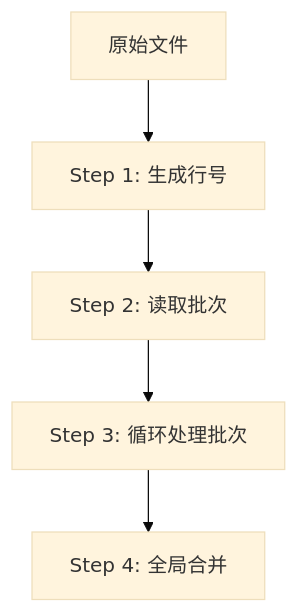
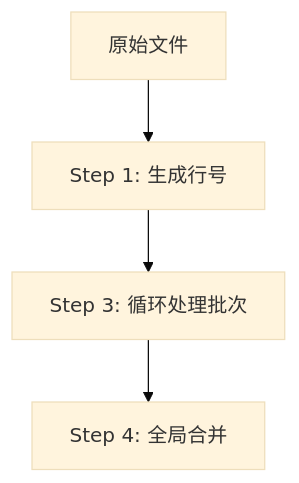
Before and after one commit to zengge96/tmdb-scrape: the first of 2 diagrams in SKILL.md, drawn with Mermaid (base theme). The commit also changed other lines of this file, not shown here.

````diff
--- a/SKILL.md
+++ b/SKILL.md
@@ -13,7 +13,6 @@
 ```mermaid
 graph TD
 A[原始文件] --> B[Step 1: 生成行号]
-B --> C[Step 2: 读取批次]
-C --> D[Step 3: 循环处理批次]
-D --> E[Step 4: 全局合并]
+B --> C[Step 3: 循环处理批次]
+C --> D[Step 4: 全局合并]
 ```
````
